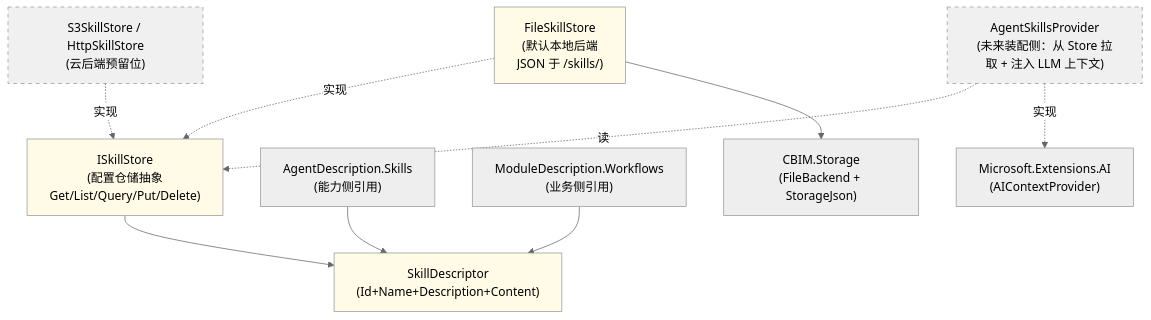
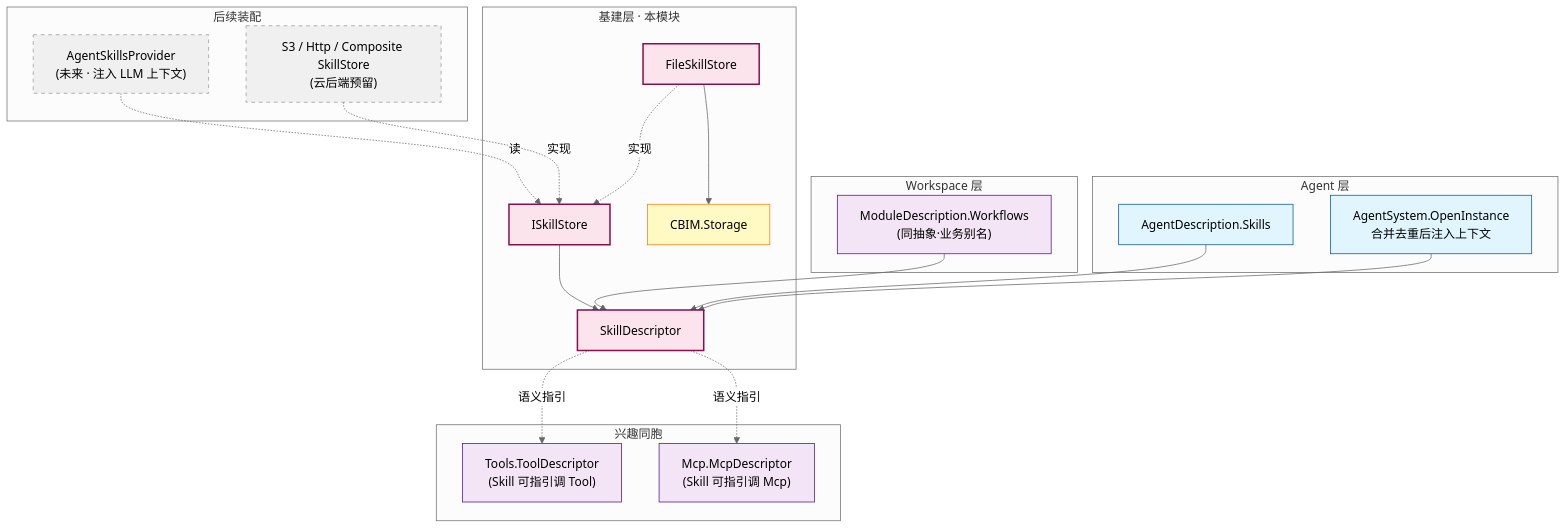
Before and after one commit to nan023062/agent-team-cc: the first of 2 diagrams in v2/cbim/Assets/CBIM/Skills/.dna/module.md, drawn with Mermaid (neutral theme). The commit also changed other lines of this file and 14 other files, not shown here.

First line of the commit message:
docs(v2): diagrams-first rewrite for all 15 module .dna files

````diff
--- a/v2/cbim/Assets/CBIM/Skills/.dna/module.md
+++ b/v2/cbim/Assets/CBIM/Skills/.dna/module.md
@@ -88,26 +20,52 @@
 ```mermaid
 flowchart TD
-    SD["SkillDescriptor\n(Id+Name+Description+Content)"]
-    ISS["ISkillStore\n(配置仓储抽象\nGet/List/Query/Put/Delete)"]
-    FSS["FileSkillStore\n(默认本地后端\nJSON 于 <root>/skills/)"]
-    CLOUD["S3SkillStore / HttpSkillStore\n(云后端预留位)"]
-    AD["AgentDescription.Skills\n(能力侧引用)"]
-    MD["ModuleDescription.Workflows\n(业务侧引用)"]
-    STG["CBIM.Storage\n(FileBackend + StorageJson)"]
-    SKP["AgentSkillsProvider\n(未来装配侧：从 Store 拉取 + 注入 LLM 上下文)"]
-    MS["Microsoft.Extensions.AI\n(AIContextProvider)"]
+    classDef self    fill:#fce4ec,stroke:#880e4f,stroke-width:2px,color:#000;
+    classDef infra   fill:#fff9c4,stroke:#f57f17,color:#000;
+    classDef facade  fill:#e1f5fe,stroke:#01579b,color:#000;
+    classDef peer    fill:#f3e5f5,stroke:#4a148c,color:#000;
+    classDef ms      fill:#bbdefb,stroke:#0d47a1,color:#000;
+    classDef pending fill:#f0f0f0,stroke-dasharray:5 5;
+
+    subgraph AGENT["Agent 层"]
+        AD["AgentDescription.Skills"]
+        AS["AgentSystem.OpenInstance\n合并去重后注入上下文"]
+    end
+
+    subgraph WS["Workspace 层"]
+        MD["ModuleDescription.Workflows\n(同抽象·业务别名)"]
+    end
+
+    subgraph INFRA["基建层 · 本模块"]
+        SD["SkillDescriptor"]
+        ISS["ISkillStore"]
+        FSS["FileSkillStore"]
+        STO["CBIM.Storage"]
+    end
+
+    subgraph SIB["兴趣同胞"]
+        TD["Tools.ToolDescriptor\n(Skill 可指引调 Tool)"]
+        MC["Mcp.McpDescriptor\n(Skill 可指引调 Mcp)"]
+    end
+
+    subgraph FUT["后续装配"]
+        SKP["AgentSkillsProvider\n(未来 · 注入 LLM 上下文)"]
+        CLD["S3 / Http / Composite SkillStore\n(云后端预留)"]
+    end
 
     AD --> SD
     MD --> SD
     ISS --> SD
     FSS -. 实现 .-> ISS
-    CLOUD -. 实现 .-> ISS
-    FSS --> STG
+    CLD -. 实现 .-> ISS
+    FSS --> STO
     SKP -. 读 .-> ISS
-    SKP -. 实现 .-> MS
+    SD -. 语义指引 .-> TD
+    SD -. 语义指引 .-> MC
+    AS --> SD
 
-    classDef self fill:#fffbe6;
-    classDef pending fill:#f0f0f0,stroke-dasharray:5 5;
     class SD,ISS,FSS self;
-    class CLOUD,SKP pending;
+    class STO infra;
+    class AS,AD facade;
+    class MD,TD,MC peer;
+    class SKP,CLD pending;
 ```
````
